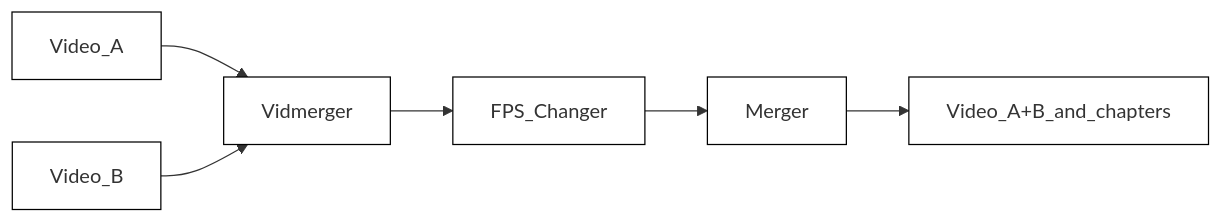
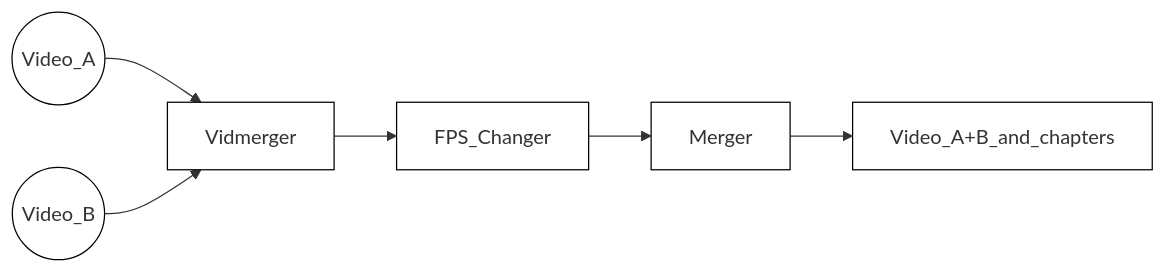
Before and after one commit to tgotwig/vidmerger: the diagram in README.md, drawn with Mermaid.

Commit message:
✍️ Make Video_A and Video_B round in the mermaid chart

````diff
--- a/README.md
+++ b/README.md
@@ -36,9 +36,9 @@
 ```mermaid
 %%{init: {'themeVariables': { 'mainBkg': 'white', 'nodeBorder': 'black' }}}%%
 graph LR;
-Video_A-->Vidmerger;
-Video_B-->Vidmerger;
+VideoA((Video_A))-->Vidmerger;
+VideoB((Video_B))-->Vidmerger;
 Vidmerger-->FPS_Changer;
 FPS_Changer-->Merger;
 Merger-->Video_A+B_and_chapters;
 ```
````
